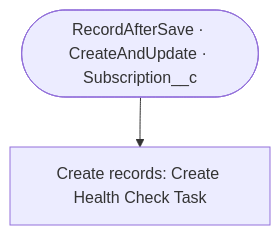
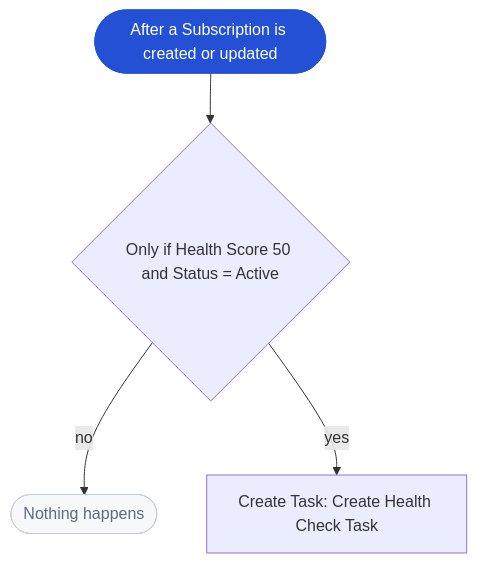
Before and after one commit to himantgupta-alt/crm-genie: diagram 11 of 11 in adlc/1-discover/assessment/discovery-report.md, drawn with Mermaid. The commit also changed other lines of this file and 19 other files, not shown here.

````diff
--- a/adlc/1-discover/assessment/discovery-report.md
+++ b/adlc/1-discover/assessment/discovery-report.md
@@ -1008,6 +1097,11 @@
 ```mermaid
 flowchart TD
-  __start(["RecordAfterSave · CreateAndUpdate · Subscription__c"])
-  Create_Health_Check_Task["Create records: Create Health Check Task"]
-  __start --> Create_Health_Check_Task
+  __start(["After a Subscription is created or updated"]):::start
+  __only{"Only if Health Score 50 and Status = Active"}
+  __start --> __only
+  __only -->|"no"| __stop(["Nothing happens"]):::stop
+  __only -->|"yes"| Create_Health_Check_Task
+  Create_Health_Check_Task["Create Task: Create Health Check Task"]
+  classDef start fill:#2450D6,color:#fff,stroke:#2450D6
+  classDef stop fill:#F7F8FA,color:#5F6B7C,stroke:#C6CEDA
 ```
````
